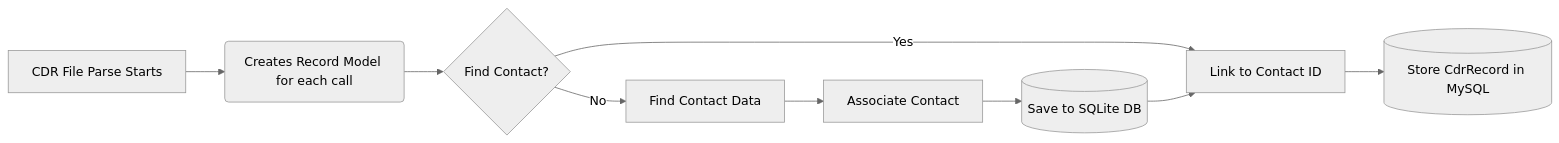
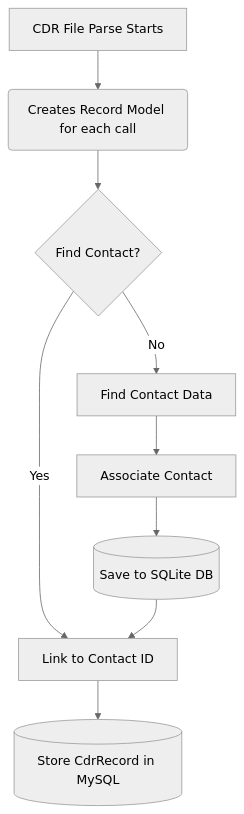
Before and after one commit to greg0rys/PhoneLog: the second of 2 diagrams in README.md, drawn with Mermaid (neutral theme).

````diff
--- a/README.md
+++ b/README.md
@@ -35,17 +35,17 @@
 ```mermaid
-graph LR
+graph TD
     A[CDR File Parse Starts] --> B(Creates Record Model for each call)
     B --> C{Find Contact?}
     
     %% The "Yes" path
     C -->|Yes| D[Link to Contact ID]
     
-    %% The "No" path you wanted added
+    %% The "No" path
     C -->|No| E[Find Contact Data]
     E --> F[Associate Contact]
     F --> G[(Save to SQLite DB)]
     G --> D
     
     %% Final step
     D --> H[(Store CdrRecord in MySQL)]
 ```
````
